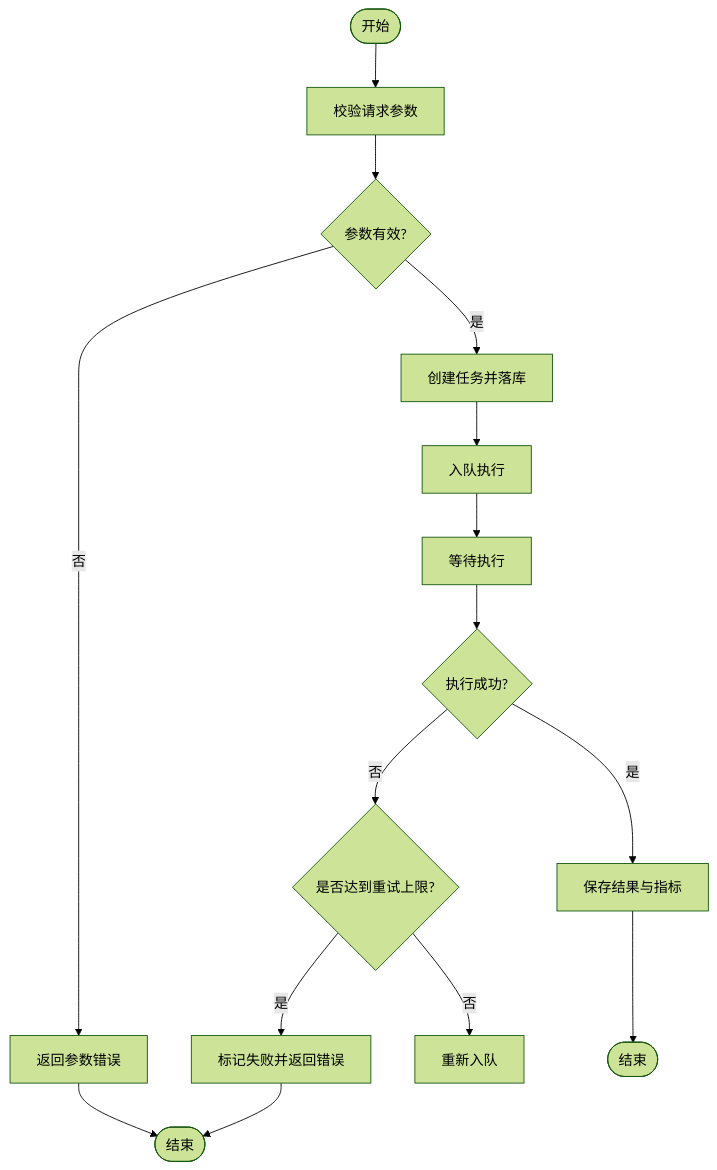
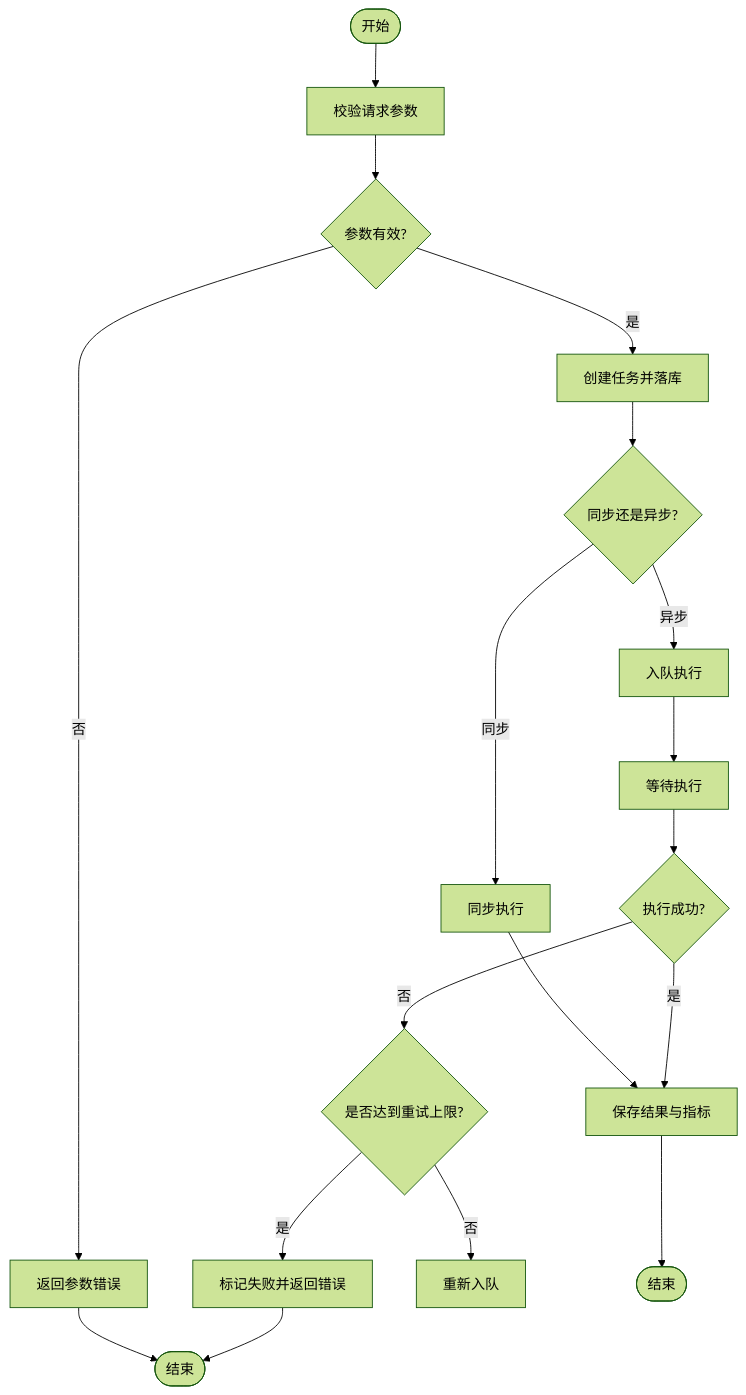
One commit to anYaoooo/daily_stock_analysis changed the fifth of 9 diagrams in .qoder/repowiki/zh/content/API参考文档/回测系统API.md. Above: the diagram before and after it, drawn with Mermaid (forest theme). The commit also changed other lines of this file and 148 other files, not shown here.

````diff
--- a/.qoder/repowiki/zh/content/API参考文档/回测系统API.md
+++ b/.qoder/repowiki/zh/content/API参考文档/回测系统API.md
@@ -254,17 +327,20 @@
 ```mermaid
 flowchart TD
 Start(["开始"]) --> Validate["校验请求参数"]
 Validate --> Valid{"参数有效?"}
 Valid --> |否| ReturnErr["返回参数错误"]
 Valid --> |是| CreateTask["创建任务并落库"]
-CreateTask --> Enqueue["入队执行"]
+CreateTask --> Mode{"同步还是异步?"}
+Mode --> |同步| ExecSync["同步执行"]
+Mode --> |异步| Enqueue["入队执行"]
+ExecSync --> SaveResult["保存结果与指标"]
 Enqueue --> Wait["等待执行"]
 Wait --> Exec{"执行成功?"}
 Exec --> |否| RetryCheck{"是否达到重试上限?"}
 RetryCheck --> |是| MarkFail["标记失败并返回错误"]
 RetryCheck --> |否| ReEnqueue["重新入队"]
-Exec --> |是| SaveResult["保存结果与指标"]
+Exec --> |是| SaveResult
 SaveResult --> Done(["结束"])
 ReturnErr --> End(["结束"])
 MarkFail --> End
 ```
````
